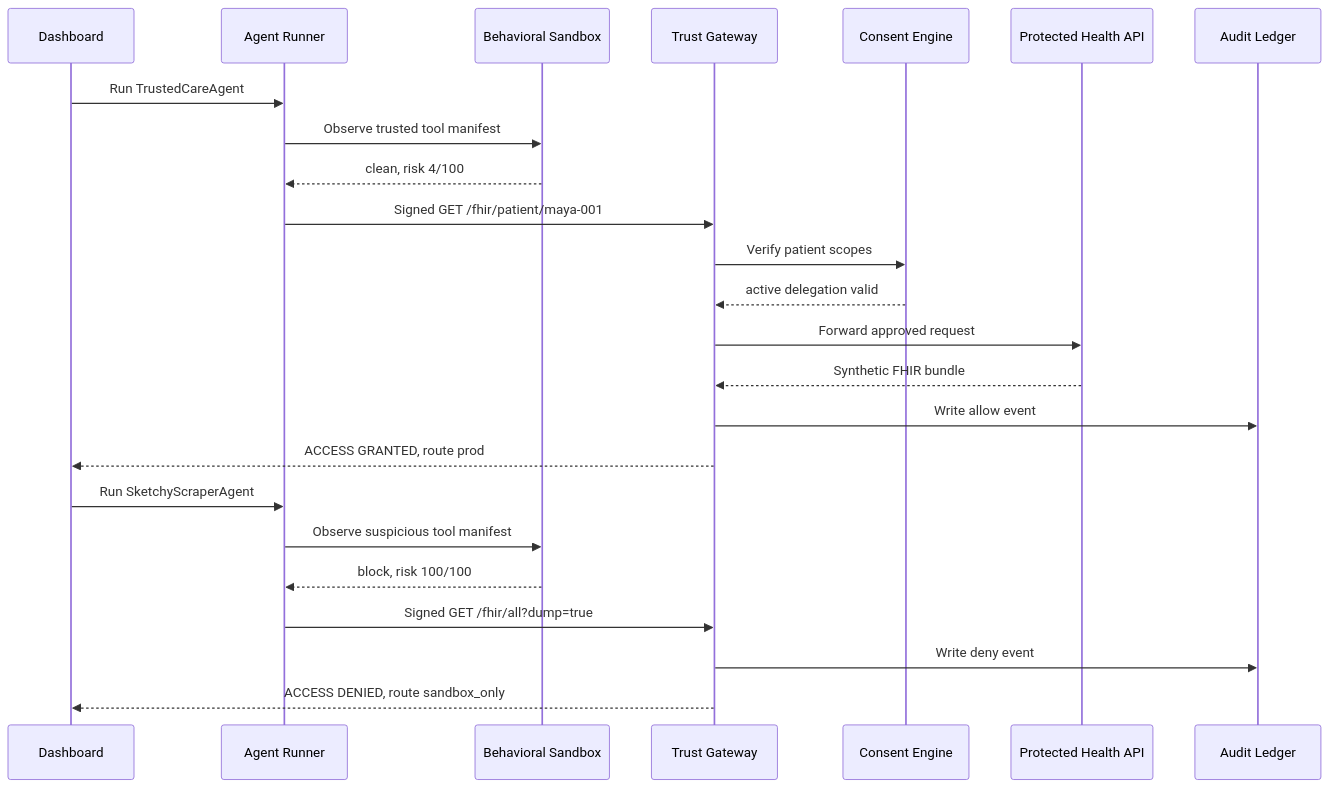
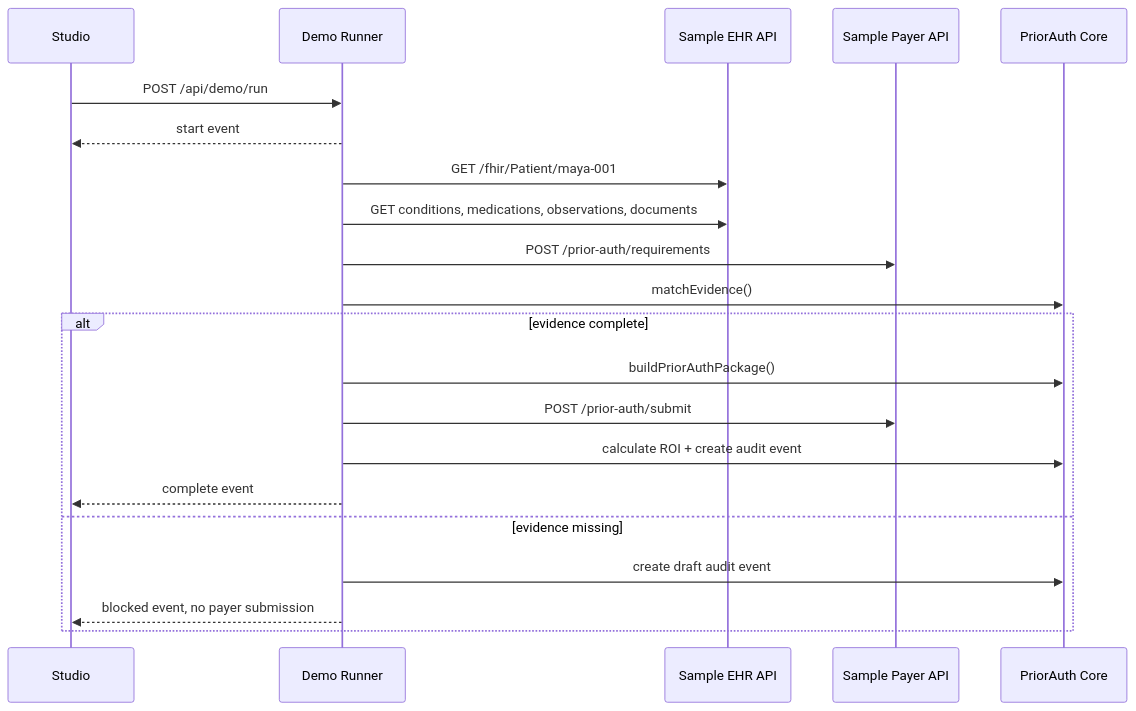
One commit to roshaninfordham/healthagentpassport changed the second of 2 diagrams in README.md. Above: the diagram before and after it, drawn with Mermaid. The commit also changed other lines of this file and 137 other files, not shown here.

Commit message:
Transform product into PriorAuth Passport

````diff
--- a/README.md
+++ b/README.md
@@ -132,28 +71,24 @@
 ```mermaid
 sequenceDiagram
-  participant UI as Dashboard
-  participant Runner as Agent Runner
-  participant Sandbox as Behavioral Sandbox
-  participant Gateway as Trust Gateway
-  participant Consent as Consent Engine
-  participant API as Protected Health API
-  participant Audit as Audit Ledger
+  participant UI as Studio
+  participant Runner as Demo Runner
+  participant EHR as Sample EHR API
+  participant Payer as Sample Payer API
+  participant Core as PriorAuth Core
 
-  UI->>Runner: Run TrustedCareAgent
-  Runner->>Sandbox: Observe trusted tool manifest
-  Sandbox-->>Runner: clean, risk 4/100
-  Runner->>Gateway: Signed GET /fhir/patient/maya-001
-  Gateway->>Consent: Verify patient scopes
-  Consent-->>Gateway: active delegation valid
-  Gateway->>API: Forward approved request
-  API-->>Gateway: Synthetic FHIR bundle
-  Gateway->>Audit: Write allow event
-  Gateway-->>UI: ACCESS GRANTED, route prod
-
-  UI->>Runner: Run SketchyScraperAgent
-  Runner->>Sandbox: Observe suspicious tool manifest
-  Sandbox-->>Runner: block, risk 100/100
-  Runner->>Gateway: Signed GET /fhir/all?dump=true
-  Gateway->>Audit: Write deny event
-  Gateway-->>UI: ACCESS DENIED, route sandbox_only
+  UI->>Runner: POST /api/demo/run
+  Runner-->>UI: start event
+  Runner->>EHR: GET /fhir/Patient/maya-001
+  Runner->>EHR: GET conditions, medications, observations, documents
+  Runner->>Payer: POST /prior-auth/requirements
+  Runner->>Core: matchEvidence()
+  alt evidence complete
+    Runner->>Core: buildPriorAuthPackage()
+    Runner->>Payer: POST /prior-auth/submit
+    Runner->>Core: calculate ROI + create audit event
+    Runner-->>UI: complete event
+  else evidence missing
+    Runner->>Core: create draft audit event
+    Runner-->>UI: blocked event, no payer submission
+  end
 ```
````
